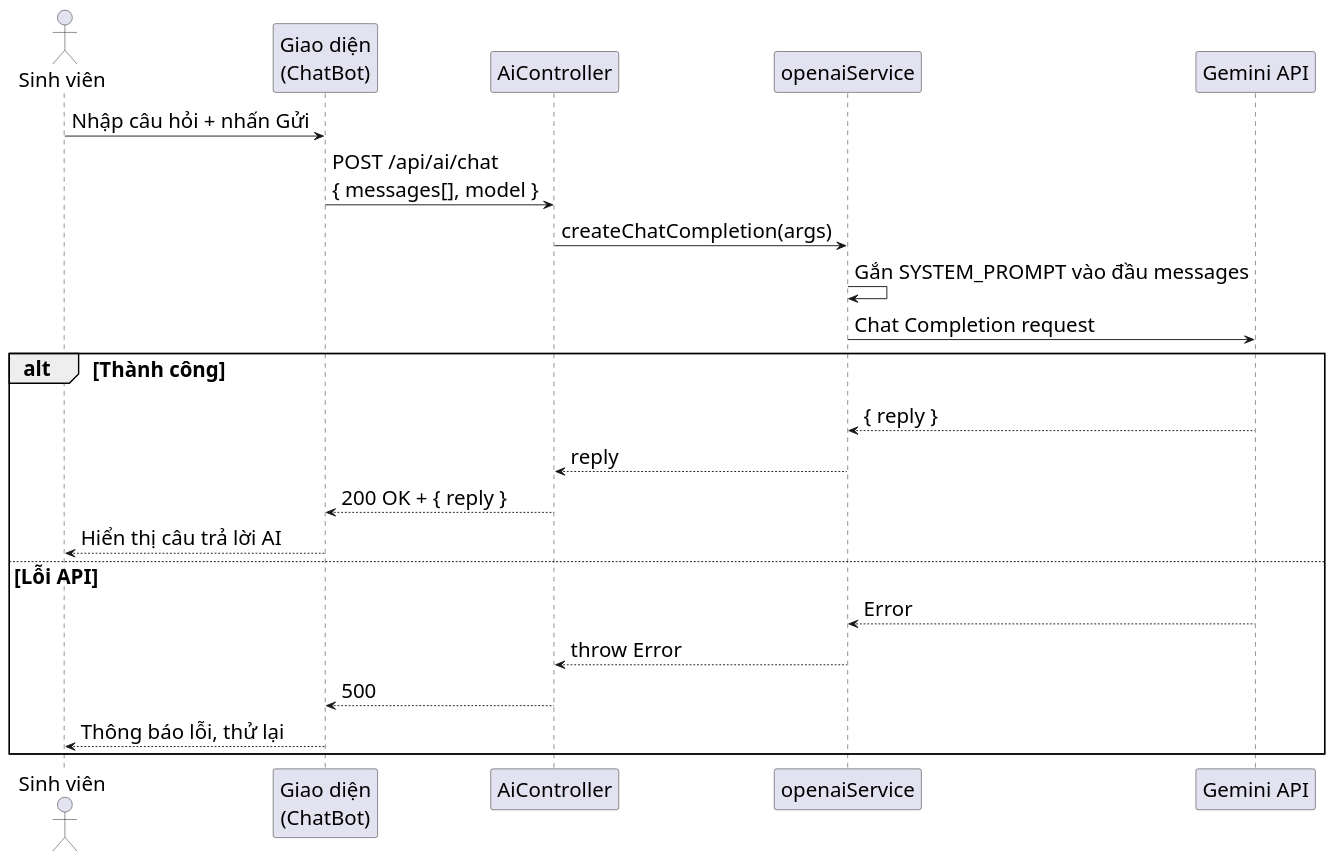
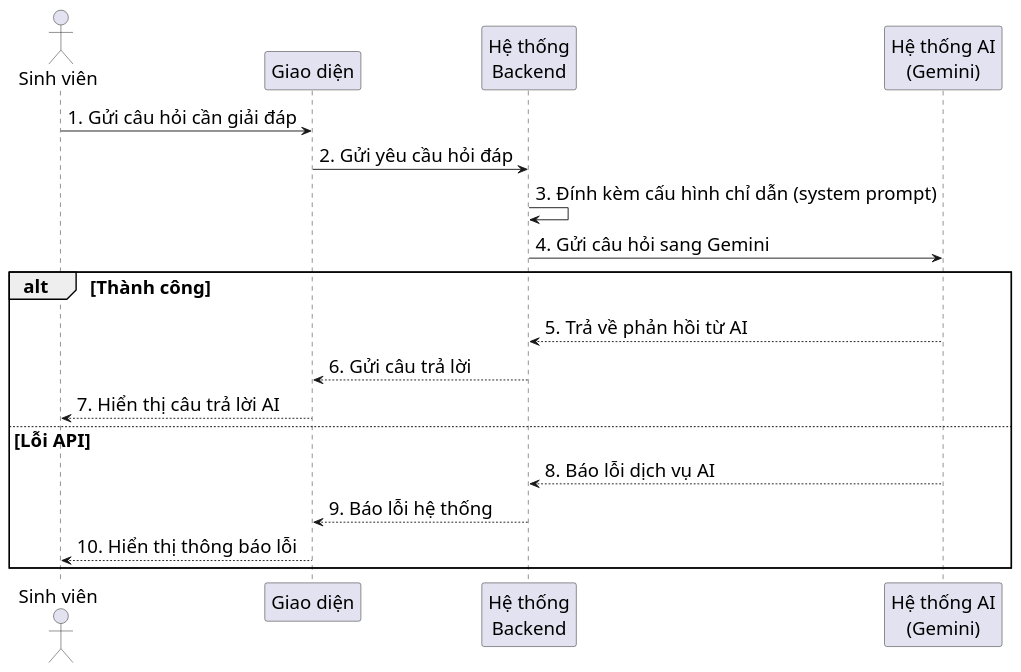
One commit to s0nbuildtech287/dormitory-frontend changed the diagram in diagrams/nhomailog/ai_chatbot_sequence.puml. Above: the diagram before and after it, drawn with PlantUML. The commit also changed 23 other files, not shown here.

```diff
--- a/diagrams/nhomailog/ai_chatbot_sequence.puml
+++ b/diagrams/nhomailog/ai_chatbot_sequence.puml
@@ -1,28 +1,24 @@
 @startuml "AI Chatbot Sequence"
-skinparam defaultFontSize 22
+skinparam defaultFontSize 20
 skinparam defaultFontName "Times New Roman"
-skinparam sequenceMessageSize 22
-' Sequence Diagram: Chatbot AI hỗ trợ sinh viên
+skinparam sequenceMessageSize 20
+
 actor "Sinh viên" as Student
-participant "Giao diện\n(ChatBot)" as FE
-participant "AiController" as AIC
-participant "openaiService" as AIS
-participant "Gemini API" as Gemini
+participant "Giao diện" as FE
+participant "Hệ thống\nBackend" as BE
+participant "Hệ thống AI\n(Gemini)" as Gemini
 
-Student -> FE: Nhập câu hỏi + nhấn Gửi
-FE -> AIC: POST /api/ai/chat\n{ messages[], model }
-AIC -> AIS: createChatCompletion(args)
-AIS -> AIS: Gắn SYSTEM_PROMPT vào đầu messages
-AIS -> Gemini: Chat Completion request
+Student -> FE: 1. Gửi câu hỏi cần giải đáp
+FE -> BE: 2. Gửi yêu cầu hỏi đáp
+BE -> BE: 3. Đính kèm cấu hình chỉ dẫn (system prompt)
+BE -> Gemini: 4. Gửi câu hỏi sang Gemini
 alt Thành công
-  Gemini --> AIS: { reply }
-  AIS --> AIC: reply
-  AIC --> FE: 200 OK + { reply }
-  FE --> Student: Hiển thị câu trả lời AI
+  Gemini --> BE: 5. Trả về phản hồi từ AI
+  BE --> FE: 6. Gửi câu trả lời
+  FE --> Student: 7. Hiển thị câu trả lời AI
 else Lỗi API
-  Gemini --> AIS: Error
-  AIS --> AIC: throw Error
-  AIC --> FE: 500
-  FE --> Student: Thông báo lỗi, thử lại
+  Gemini --> BE: 8. Báo lỗi dịch vụ AI
+  BE --> FE: 9. Báo lỗi hệ thống
+  FE --> Student: 10. Hiển thị thông báo lỗi
 end
 @enduml
```
